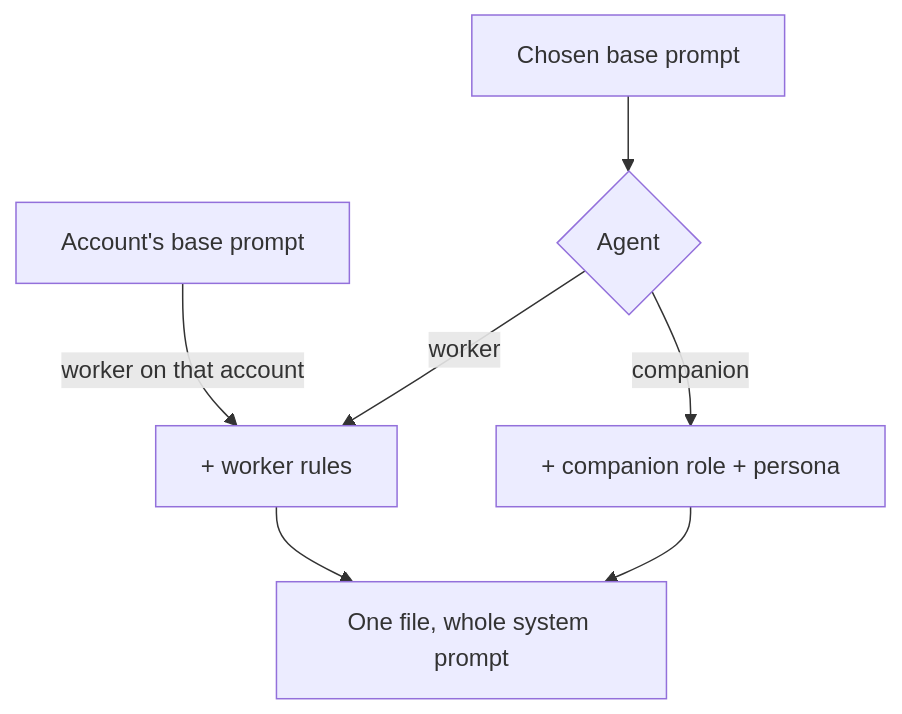
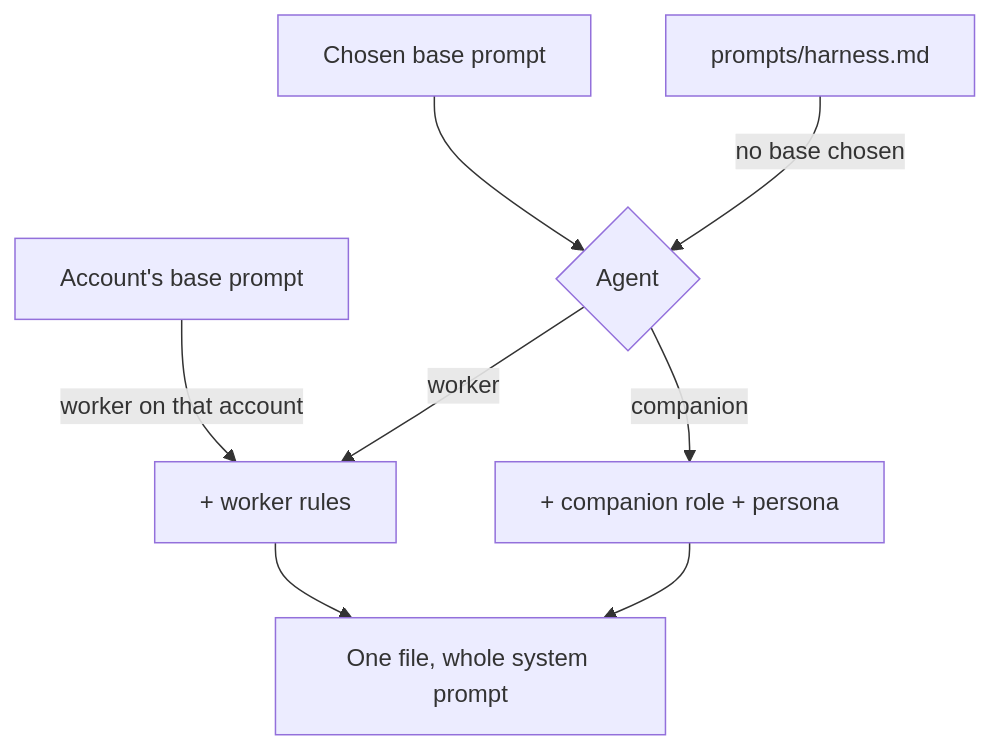
Before and after one commit to ahas/bmo-agency: the diagram in docs/base-prompts.md, drawn with Mermaid. The commit also changed other lines of this file and 33 other files, not shown here.

````diff
--- a/docs/base-prompts.md
+++ b/docs/base-prompts.md
@@ -39,9 +58,10 @@
 ```mermaid
 flowchart TD
   F[Account's base prompt] -- worker on that account --> C
   A[Chosen base prompt] --> B{Agent}
+  H[prompts/harness.md] -- no base chosen --> B
   B -- worker --> C[+ worker rules]
   B -- companion --> D[+ companion role + persona]
   C --> E[One file, whole system prompt]
   D --> E
 ```
````
